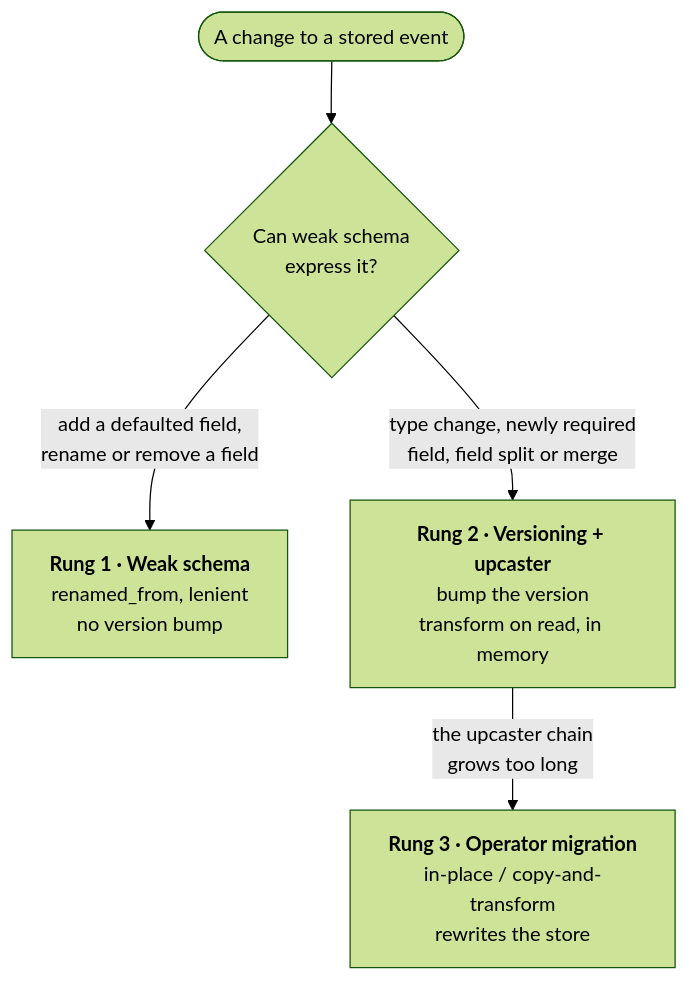
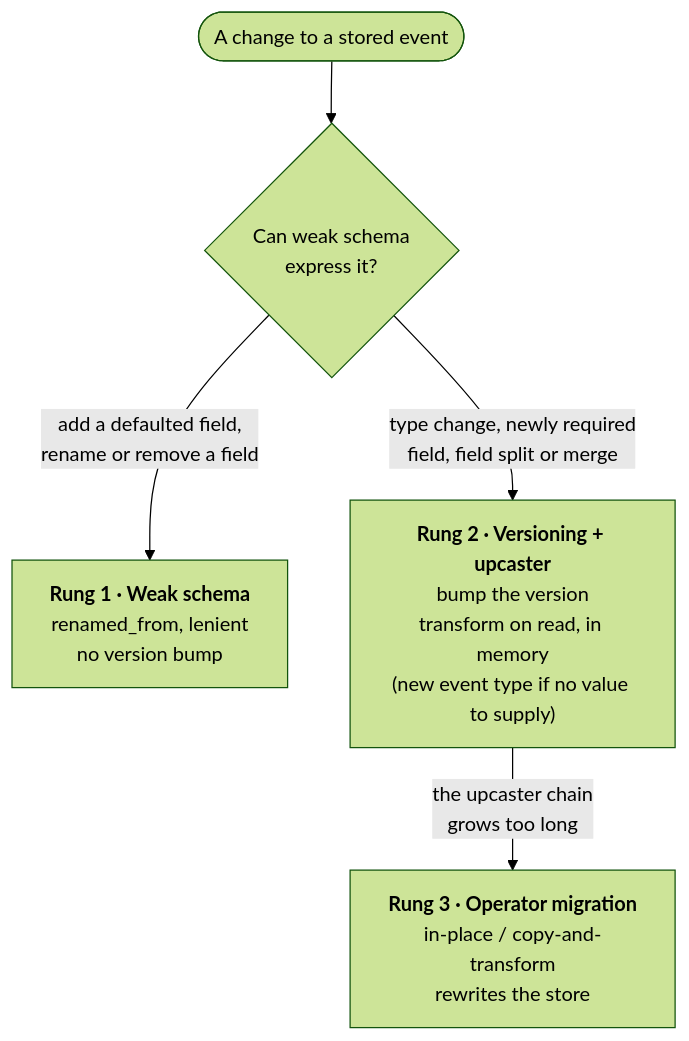
Before and after one commit to proteanhq/protean: the diagram in docs/adr/0040-schema-evolution-ladder.md, drawn with Mermaid (forest theme). The commit also changed 2 other files, not shown here.

Commit message:
Show the new-event-type fallback on the ladder diagram
The Rung 2 node routed every structural change to an upcaster, but the prose and
tables allow a new event type when the old payload cannot supply the value. The
node in all three diagrams now notes that fallback, so the cheat sheet agrees with
the text.

````diff
--- a/docs/adr/0040-schema-evolution-ladder.md
+++ b/docs/adr/0040-schema-evolution-ladder.md
@@ -51,7 +51,7 @@
 ```mermaid
 flowchart TD
     change(["A change to a stored event"]) --> q1{"Can weak schema<br/>express it?"}
     q1 -->|"add a defaulted field,<br/>rename or remove a field"| r1["<b>Rung 1 · Weak schema</b><br/>renamed_from, lenient<br/>no version bump"]
-    q1 -->|"type change, newly required<br/>field, field split or merge"| r2["<b>Rung 2 · Versioning + upcaster</b><br/>bump the version<br/>transform on read, in memory"]
+    q1 -->|"type change, newly required<br/>field, field split or merge"| r2["<b>Rung 2 · Versioning + upcaster</b><br/>bump the version<br/>transform on read, in memory<br/>(new event type if no value to supply)"]
     r2 -->|"the upcaster chain<br/>grows too long"| r3["<b>Rung 3 · Operator migration</b><br/>in-place / copy-and-transform<br/>rewrites the store"]
 ```
````
